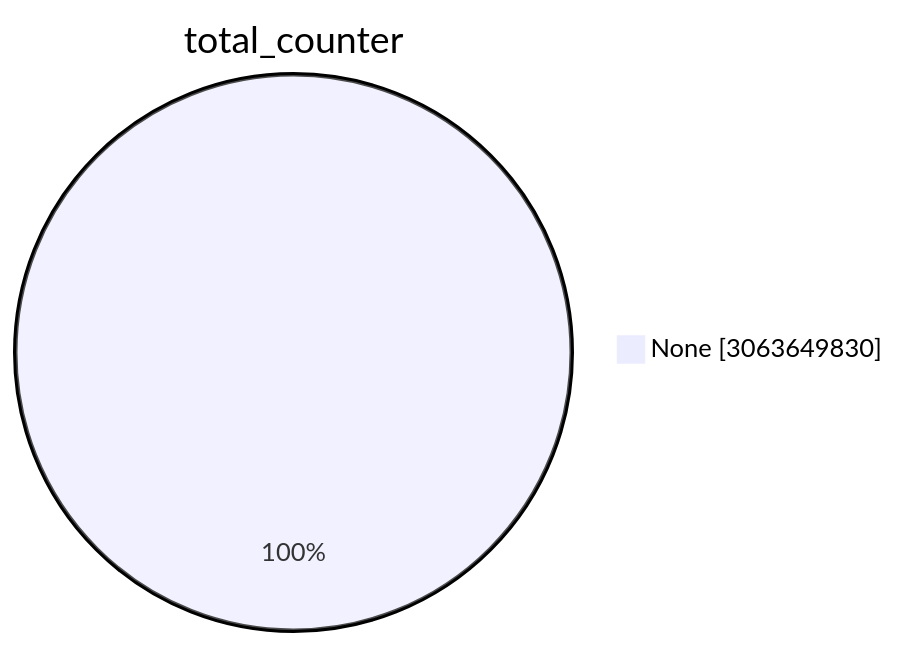
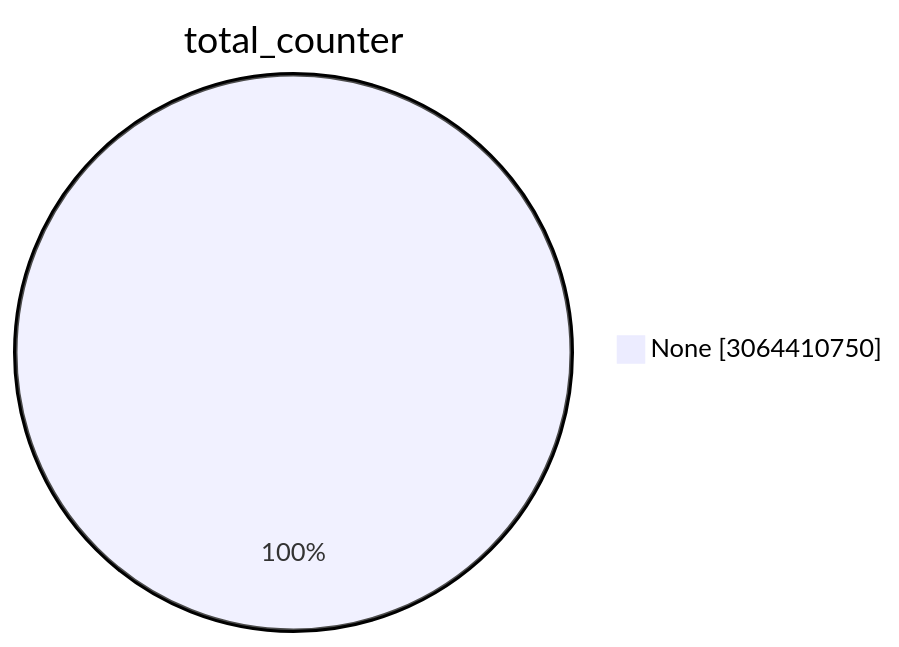
The first of 15 diagrams in TOTAL/README.md (christiankrug/ctmonitor_visualization), drawn with Mermaid before and after one commit. The commit also changed other lines of this file, not shown here.

````diff
--- a/TOTAL/README.md
+++ b/TOTAL/README.md
@@ -1,5 +1,5 @@
 ```mermaid
 pie showData
 title total_counter
-"None" :3063649830
+"None" :3064410750
 ```
````
